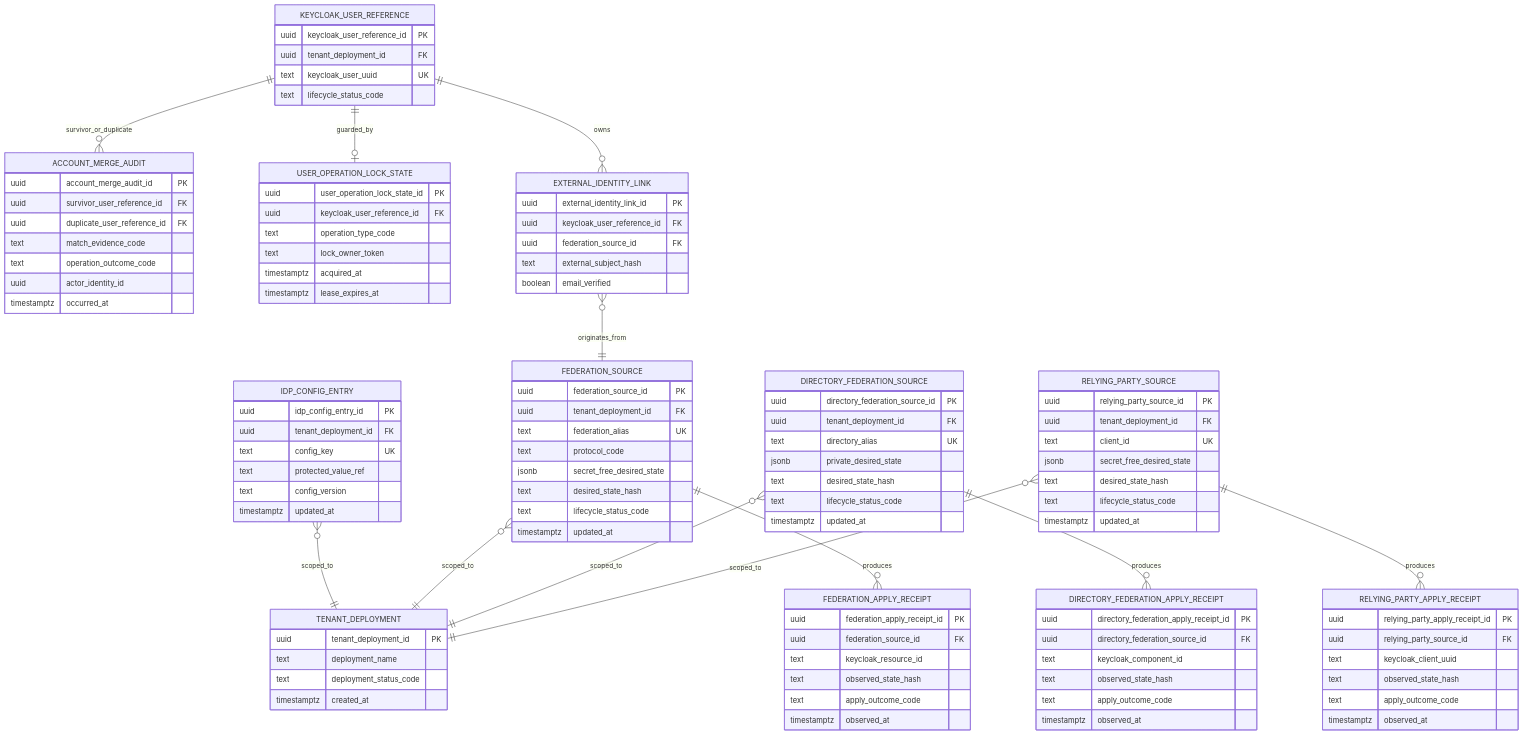
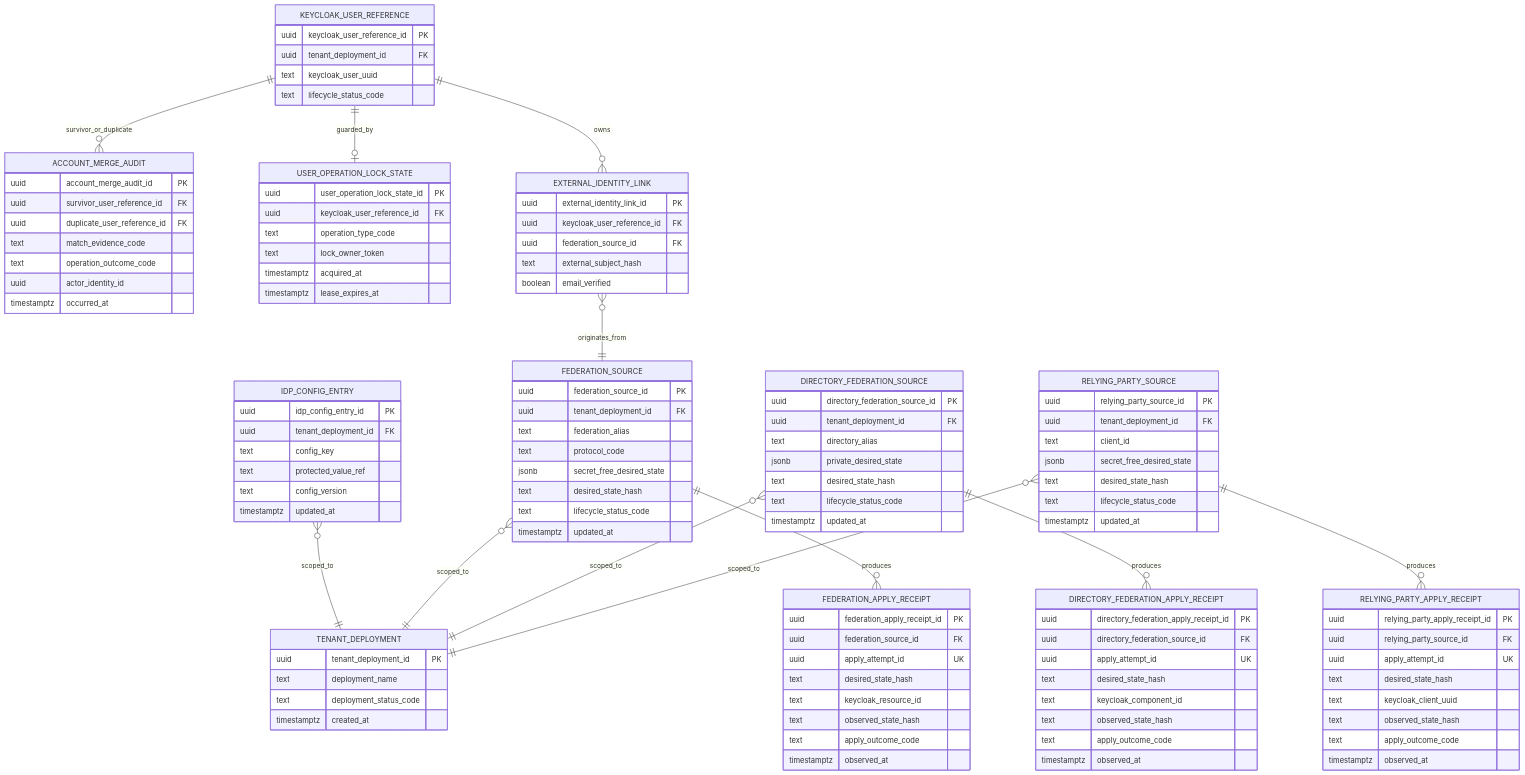
Before and after one commit to ContextualWisdomLab/keyverse: the first of 2 diagrams in docs/ERD.md, drawn with Mermaid. The commit also changed other lines of this file, not shown here.

```diff
--- a/docs/ERD.md
+++ b/docs/ERD.md
@@ -31,7 +31,7 @@
     IDP_CONFIG_ENTRY {
       uuid idp_config_entry_id PK
       uuid tenant_deployment_id FK
-      text config_key UK
+      text config_key
       text protected_value_ref
       text config_version
       timestamptz updated_at
@@ -40,7 +40,7 @@
     FEDERATION_SOURCE {
       uuid federation_source_id PK
       uuid tenant_deployment_id FK
-      text federation_alias UK
+      text federation_alias
       text protocol_code
       jsonb secret_free_desired_state
       text desired_state_hash
@@ -51,6 +51,8 @@
     FEDERATION_APPLY_RECEIPT {
       uuid federation_apply_receipt_id PK
       uuid federation_source_id FK
+      uuid apply_attempt_id UK
+      text desired_state_hash
       text keycloak_resource_id
       text observed_state_hash
       text apply_outcome_code
@@ -60,7 +62,7 @@
     DIRECTORY_FEDERATION_SOURCE {
       uuid directory_federation_source_id PK
       uuid tenant_deployment_id FK
-      text directory_alias UK
+      text directory_alias
       jsonb private_desired_state
       text desired_state_hash
       text lifecycle_status_code
@@ -70,6 +72,8 @@
     DIRECTORY_FEDERATION_APPLY_RECEIPT {
       uuid directory_federation_apply_receipt_id PK
       uuid directory_federation_source_id FK
+      uuid apply_attempt_id UK
+      text desired_state_hash
       text keycloak_component_id
       text observed_state_hash
       text apply_outcome_code
@@ -79,7 +83,7 @@
     RELYING_PARTY_SOURCE {
       uuid relying_party_source_id PK
       uuid tenant_deployment_id FK
-      text client_id UK
+      text client_id
       jsonb secret_free_desired_state
       text desired_state_hash
       text lifecycle_status_code
@@ -89,6 +93,8 @@
     RELYING_PARTY_APPLY_RECEIPT {
       uuid relying_party_apply_receipt_id PK
       uuid relying_party_source_id FK
+      uuid apply_attempt_id UK
+      text desired_state_hash
       text keycloak_client_uuid
       text observed_state_hash
       text apply_outcome_code
@@ -98,7 +104,7 @@
     KEYCLOAK_USER_REFERENCE {
       uuid keycloak_user_reference_id PK
       uuid tenant_deployment_id FK
-      text keycloak_user_uuid UK
+      text keycloak_user_uuid
       text lifecycle_status_code
     }
 
```
